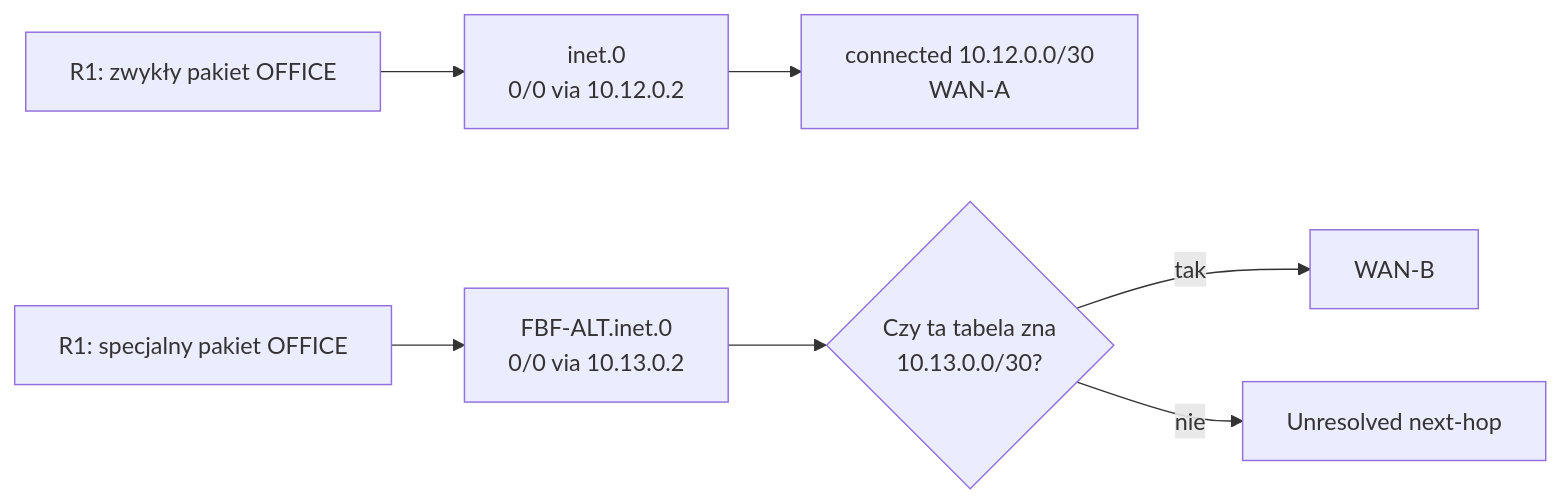
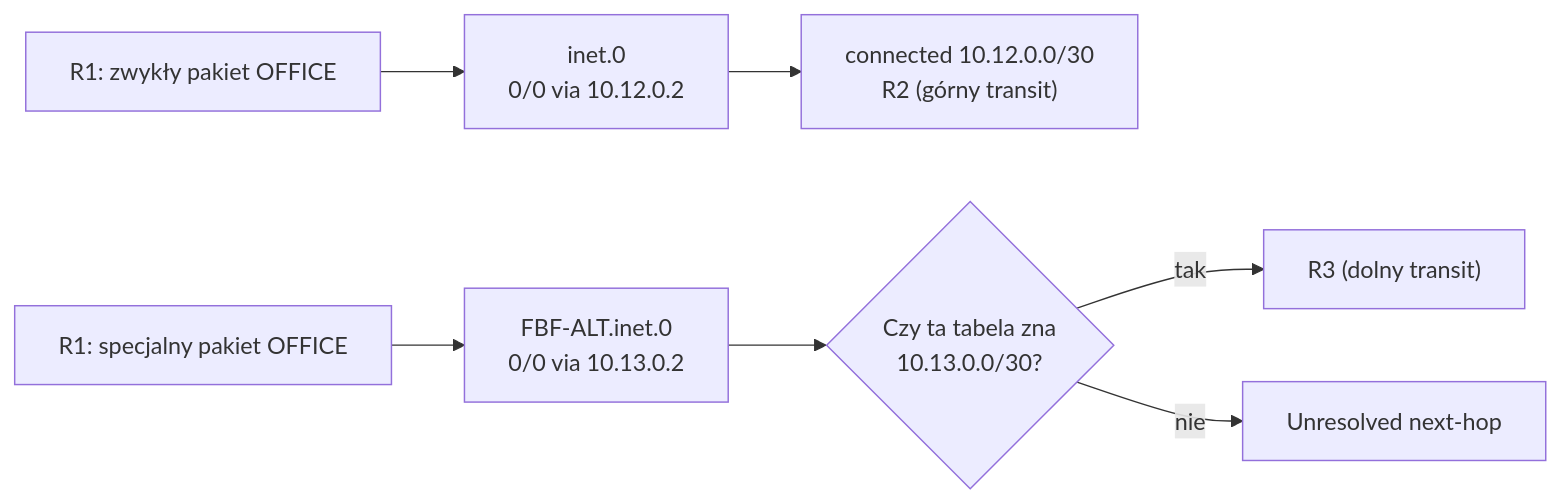
The fourth of 7 diagrams in docs/chapters/JUNOS_Rozdzial_07_Protocol_Independent_Routing.md (nelto79/jncip), drawn with Mermaid before and after one commit. The commit also changed other lines of this file, not shown here.

Commit message:
docs(ch07): correct FBF narrative to one LAN-A host and canonical R2/R3 transit paths

```diff
--- a/docs/chapters/JUNOS_Rozdzial_07_Protocol_Independent_Routing.md
+++ b/docs/chapters/JUNOS_Rozdzial_07_Protocol_Independent_Routing.md
@@ -320,9 +318,9 @@
 ~~~mermaid
 flowchart LR
   IN["R1: zwykły pakiet OFFICE"] --> M["inet.0<br/>0/0 via 10.12.0.2"]
   SPEC["R1: specjalny pakiet OFFICE"] --> B["FBF-ALT.inet.0<br/>0/0 via 10.13.0.2"]
-  M --> A["connected 10.12.0.0/30<br/>WAN-A"]
+  M --> A["connected 10.12.0.0/30<br/>R2 (górny transit)"]
   B --> Q{"Czy ta tabela zna<br/>10.13.0.0/30?"}
-  Q -->|tak| OK["WAN-B"]
+  Q -->|tak| OK["R3 (dolny transit)"]
   Q -->|nie| FAIL["Unresolved next-hop"]
 ~~~
```
